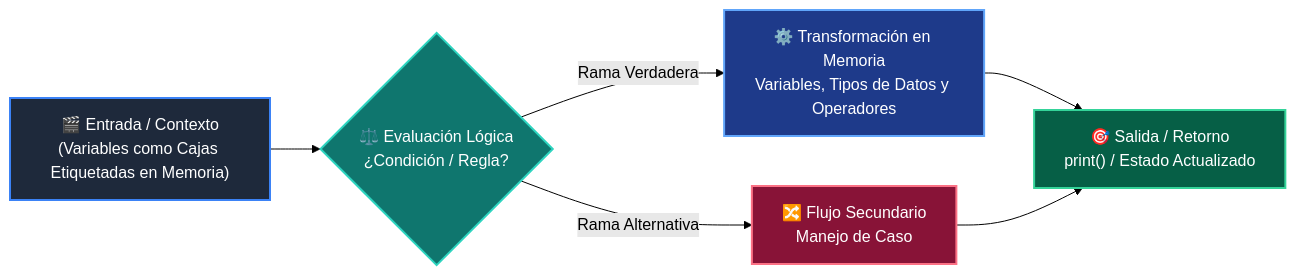
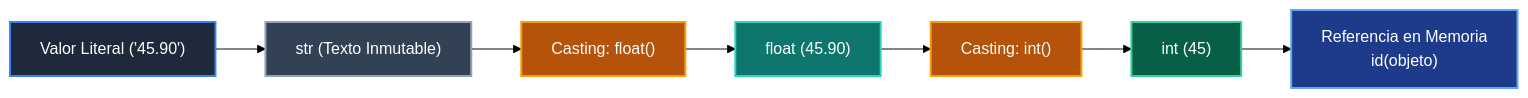
One commit to wisrovi/wisrovi-python changed the diagram in 01-fundamentos-python/clase-02-variables-y-tipos/README.md. Above: the diagram before and after it, drawn with Mermaid (forest theme). The commit also changed other lines of this file and 271 other files, not shown here.

Commit message:
docs: rewrite all README.md files with bespoke topic-specific Mermaid diagrams and remove repetitive boilerplate

````diff
--- a/01-fundamentos-python/clase-02-variables-y-tipos/README.md
+++ b/01-fundamentos-python/clase-02-variables-y-tipos/README.md
@@ -35,14 +12,17 @@
 ```mermaid
 flowchart LR
-    A["🎬 Entrada / Contexto<br/>(Variables como Cajas Etiquetadas en Memoria)"] --> B{"⚖️ Evaluación Lógica<br/>¿Condición / Regla?"}
-    B -->|Rama Verdadera| C["⚙️ Transformación en Memoria<br/>Variables, Tipos de Datos y Operadores"]
-    B -->|Rama Alternativa| D["🔀 Flujo Secundario<br/>Manejo de Caso"]
-    C --> E["🎯 Salida / Retorno<br/>print() / Estado Actualizado"]
-    D --> E
+    VAL["Valor Literal ('45.90')"] --> STR["str (Texto Inmutable)"]
+    STR --> CAST["Casting: float()"]
+    CAST --> FLT["float (45.90)"]
+    FLT --> TRUNC["Casting: int()"]
+    TRUNC --> INT["int (45)"]
+    INT --> MEM["Referencia en Memoria<br/>id(objeto)"]
 
-    style A fill:#1e293b,color:#ffffff,stroke:#3b82f6,stroke-width:2px
-    style B fill:#0f766e,color:#ffffff,stroke:#2dd4bf,stroke-width:2px
-    style C fill:#1e3a8a,color:#ffffff,stroke:#60a5fa,stroke-width:2px
-    style D fill:#881337,color:#ffffff,stroke:#fb7185,stroke-width:2px
-    style E fill:#065f46,color:#ffffff,stroke:#34d399,stroke-width:2px
+    style VAL fill:#1e293b,color:#fff,stroke:#3b82f6,stroke-width:2px
+    style STR fill:#334155,color:#fff,stroke:#94a3b8,stroke-width:2px
+    style CAST fill:#b45309,color:#fff,stroke:#f59e0b,stroke-width:2px
+    style FLT fill:#0f766e,color:#fff,stroke:#2dd4bf,stroke-width:2px
+    style TRUNC fill:#b45309,color:#fff,stroke:#f59e0b,stroke-width:2px
+    style INT fill:#065f46,color:#fff,stroke:#34d399,stroke-width:2px
+    style MEM fill:#1e3a8a,color:#fff,stroke:#60a5fa,stroke-width:2px
 ```
````
